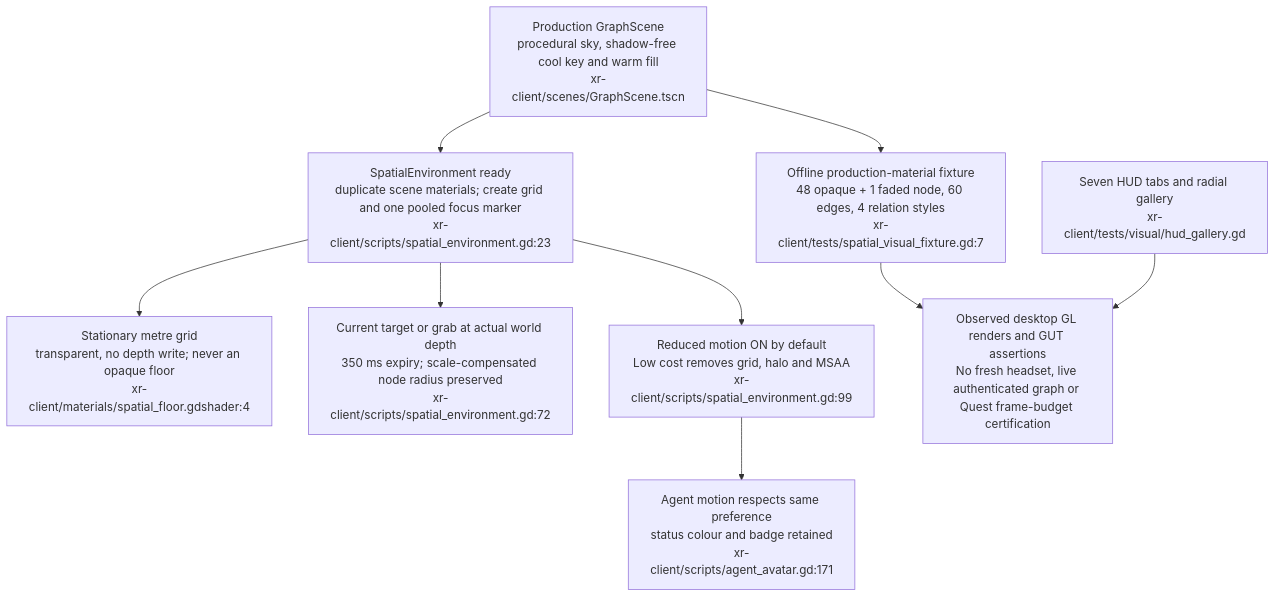
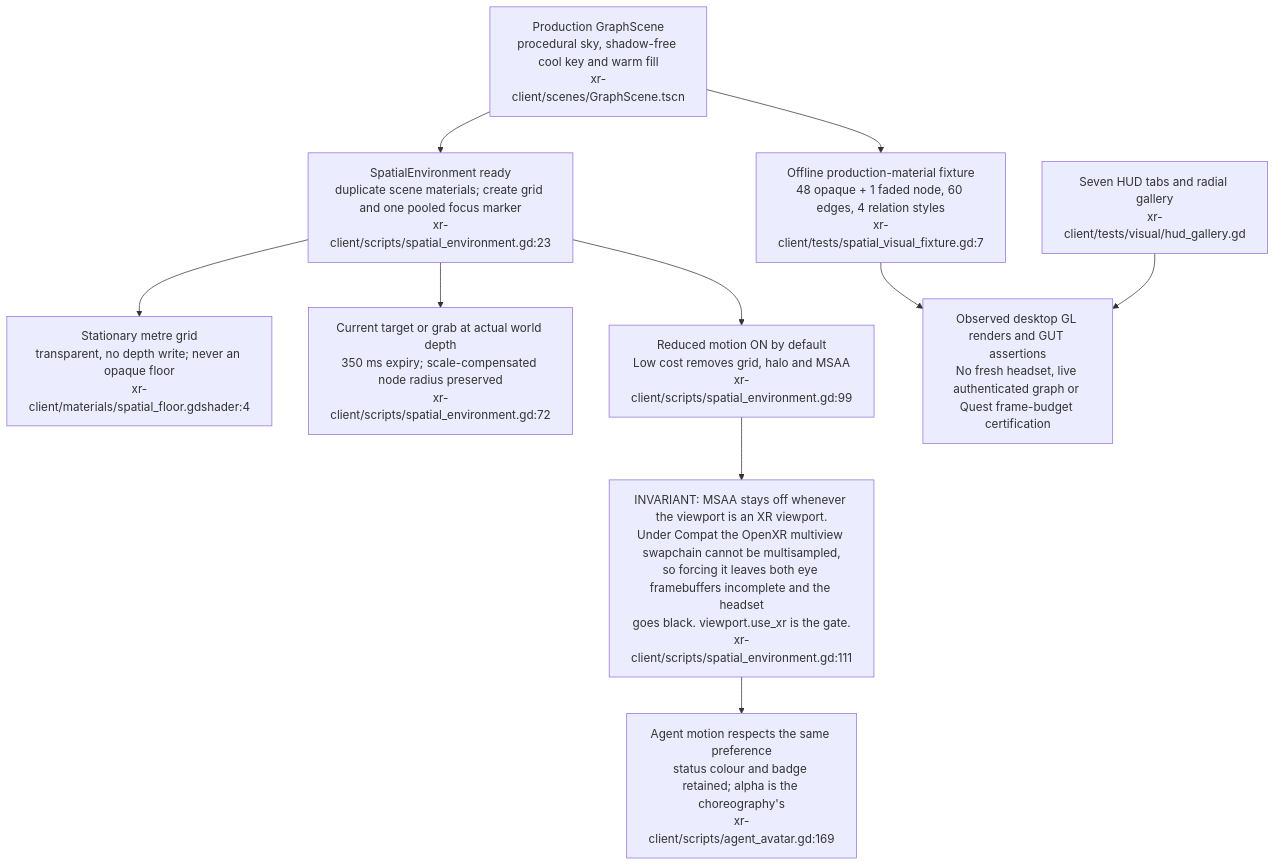
One commit to DreamLab-AI/VisionFlow changed diagram 20 of 24 in docs/diagrams/visionclaw/36-godot-xr-client.md. Above: the diagram before and after it, drawn with Mermaid. The commit also changed other lines of this file and 32 other files, not shown here.

````diff
--- a/docs/diagrams/visionclaw/36-godot-xr-client.md
+++ b/docs/diagrams/visionclaw/36-godot-xr-client.md
@@ -863,20 +888,22 @@
 ```mermaid
 flowchart TB
     Scene["Production GraphScene<br/>procedural sky, shadow-free cool key and warm fill<br/>xr-client/scenes/GraphScene.tscn"]
     Env["SpatialEnvironment ready<br/>duplicate scene materials; create grid and one pooled focus marker<br/>xr-client/scripts/spatial_environment.gd:23"]
     Grid["Stationary metre grid<br/>transparent, no depth write; never an opaque floor<br/>xr-client/materials/spatial_floor.gdshader:4"]
     Focus["Current target or grab at actual world depth<br/>350 ms expiry; scale-compensated node radius preserved<br/>xr-client/scripts/spatial_environment.gd:72"]
     Comfort["Reduced motion ON by default<br/>Low cost removes grid, halo and MSAA<br/>xr-client/scripts/spatial_environment.gd:99"]
-    Agents["Agent motion respects same preference<br/>status colour and badge retained<br/>xr-client/scripts/agent_avatar.gd:171"]
+    MSAA["INVARIANT: MSAA stays off whenever the viewport is an XR viewport.<br/>Under Compat the OpenXR multiview swapchain cannot be multisampled,<br/>so forcing it leaves both eye framebuffers incomplete and the headset<br/>goes black. viewport.use_xr is the gate.<br/>xr-client/scripts/spatial_environment.gd:111"]
+    Agents["Agent motion respects the same preference<br/>status colour and badge retained; alpha is the choreography's<br/>xr-client/scripts/agent_avatar.gd:169"]
     Fixture["Offline production-material fixture<br/>48 opaque + 1 faded node, 60 edges, 4 relation styles<br/>xr-client/tests/spatial_visual_fixture.gd:7"]
     Gallery["Seven HUD tabs and radial gallery<br/>xr-client/tests/visual/hud_gallery.gd"]
     Limits["Observed desktop GL renders and GUT assertions<br/>No fresh headset, live authenticated graph or Quest frame-budget certification"]
     Scene --> Env
     Env --> Grid
     Env --> Focus
     Env --> Comfort
-    Comfort --> Agents
+    Comfort --> MSAA
+    MSAA --> Agents
     Scene --> Fixture
     Fixture --> Limits
     Gallery --> Limits
 ```
````
